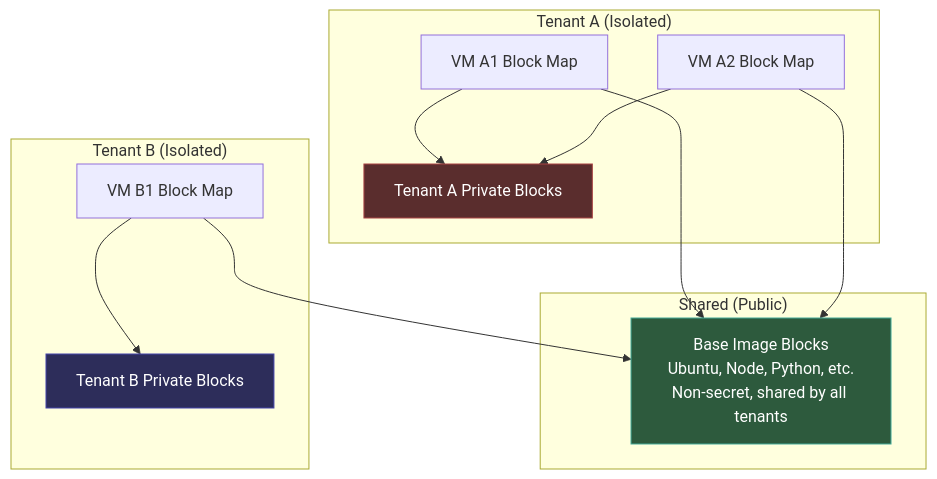
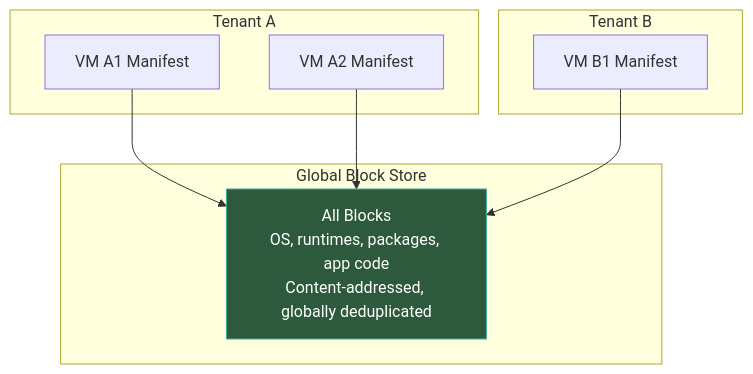
One commit to paraglidehq/glidefs changed diagram 11 of 13 in GLIDEv2.md. Above: the diagram before and after it, drawn with Mermaid. The commit also changed other lines of this file and 1 other file, not shown here.

````diff
--- a/GLIDEv2.md
+++ b/GLIDEv2.md
@@ -775,29 +838,20 @@
 ```mermaid
 graph TB
-    subgraph "Shared (Public)"
-        BASES["Base Image Blocks<br/>Ubuntu, Node, Python, etc.<br/>Non-secret, shared by all tenants"]
+    subgraph "Global Block Store"
+        BLOCKS["All Blocks<br/>OS, runtimes, packages, app code<br/>Content-addressed, globally deduplicated"]
     end
 
-    subgraph "Tenant A (Isolated)"
-        MA1["VM A1 Block Map"]
-        MA2["VM A2 Block Map"]
-        BA["Tenant A Private Blocks"]
-        MA1 --> BASES
-        MA2 --> BASES
-        MA1 --> BA
-        MA2 --> BA
+    subgraph "Tenant A"
+        MA1["VM A1 Manifest"]
+        MA2["VM A2 Manifest"]
+        MA1 --> BLOCKS
+        MA2 --> BLOCKS
     end
 
-    subgraph "Tenant B (Isolated)"
-        MB1["VM B1 Block Map"]
-        BB["Tenant B Private Blocks"]
-        MB1 --> BASES
-        MB1 --> BB
+    subgraph "Tenant B"
+        MB1["VM B1 Manifest"]
+        MB1 --> BLOCKS
     end
 
-    BA ~~~ BB
-
-    style BASES fill:#2d5a3d,stroke:#4a9,color:#fff
-    style BA fill:#5a2d2d,stroke:#a44,color:#fff
-    style BB fill:#2d2d5a,stroke:#44a,color:#fff
+    style BLOCKS fill:#2d5a3d,stroke:#4a9,color:#fff
 ```
````
